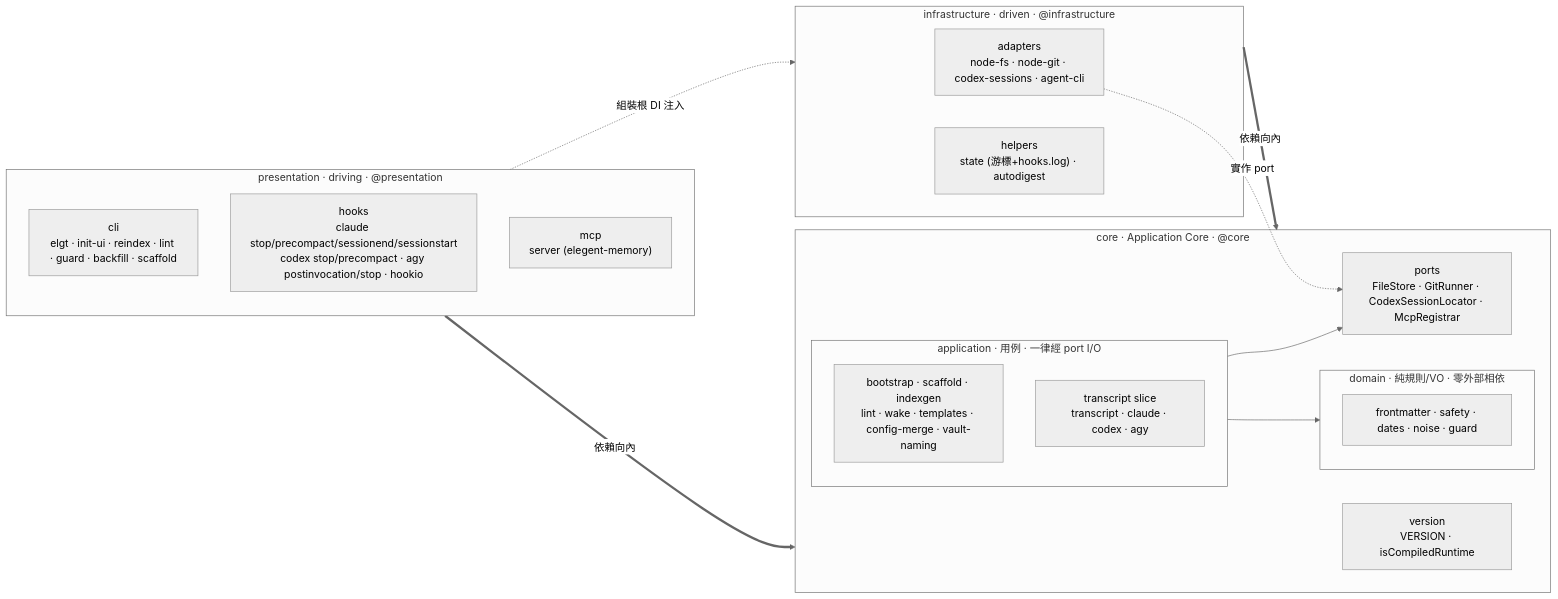
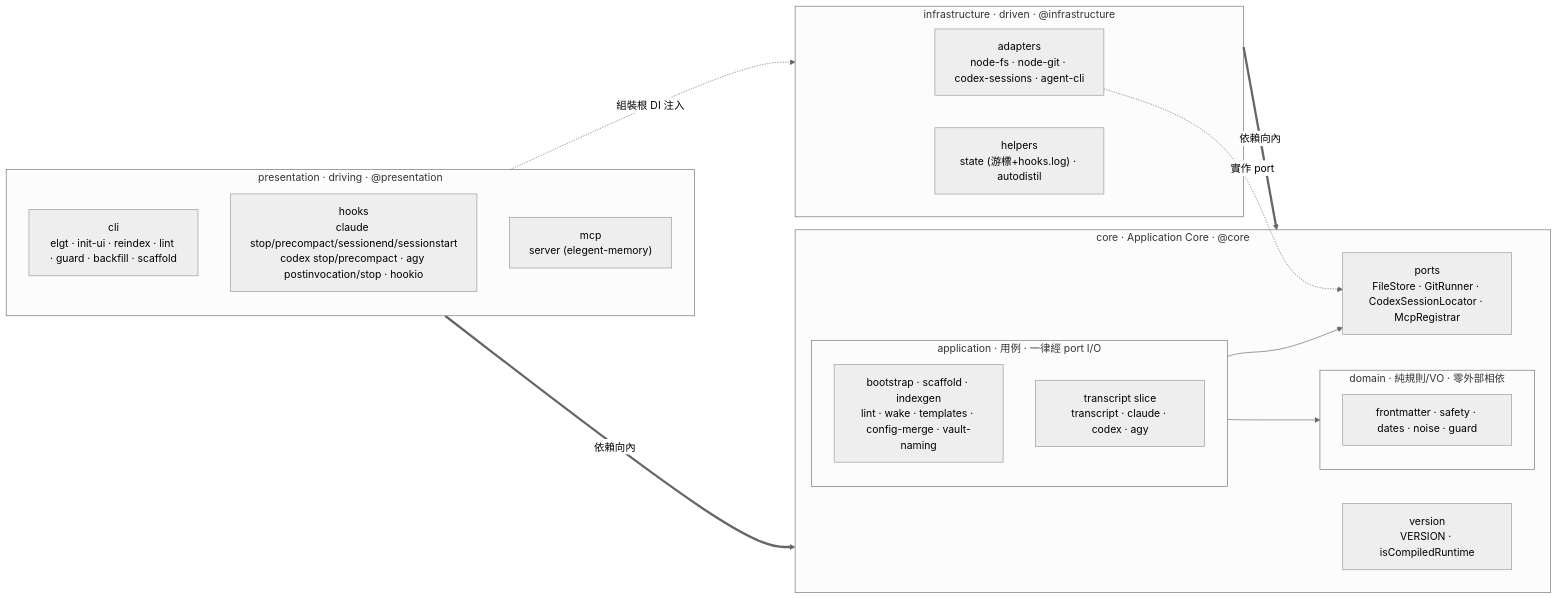
The second of 5 diagrams in docs/architecture/4plus1.md (neokn/elegent), drawn with Mermaid (neutral theme) before and after one commit. The commit also changed other lines of this file and 55 other files, not shown here.

````diff
--- a/docs/architecture/4plus1.md
+++ b/docs/architecture/4plus1.md
@@ -103,30 +103,30 @@
 ```mermaid
 flowchart LR
     subgraph P["presentation · driving · @presentation"]
         Pcli["cli<br/>elgt · init-ui · reindex · lint · guard · backfill · scaffold"]
         Phooks["hooks<br/>claude stop/precompact/sessionend/sessionstart<br/>codex stop/precompact · agy postinvocation/stop · hookio"]
         Pmcp["mcp<br/>server (elegent-memory)"]
     end
     subgraph C["core · Application Core · @core"]
         subgraph CA["application · 用例 · 一律經 port I/O"]
             CAuc["bootstrap · scaffold · indexgen<br/>lint · wake · templates · config-merge · vault-naming"]
             CAts["transcript slice<br/>transcript · claude · codex · agy"]
         end
         subgraph CD["domain · 純規則/VO · 零外部相依"]
             CDdom["frontmatter · safety · dates · noise · guard"]
         end
         Cports["ports<br/>FileStore · GitRunner · CodexSessionLocator · McpRegistrar"]
         Cver["version<br/>VERSION · isCompiledRuntime"]
     end
     subgraph I["infrastructure · driven · @infrastructure"]
         Iad["adapters<br/>node-fs · node-git · codex-sessions · agent-cli"]
-        Ihelp["helpers<br/>state (游標+hooks.log) · autodigest"]
+        Ihelp["helpers<br/>state (游標+hooks.log) · autodistil"]
     end
 
     P ==>|依賴向內| C
     I ==>|依賴向內| C
     CA --> CD
     CA --> Cports
     Iad -.實作 port.-> Cports
     P -.組裝根 DI 注入.-> I
 ```
````
